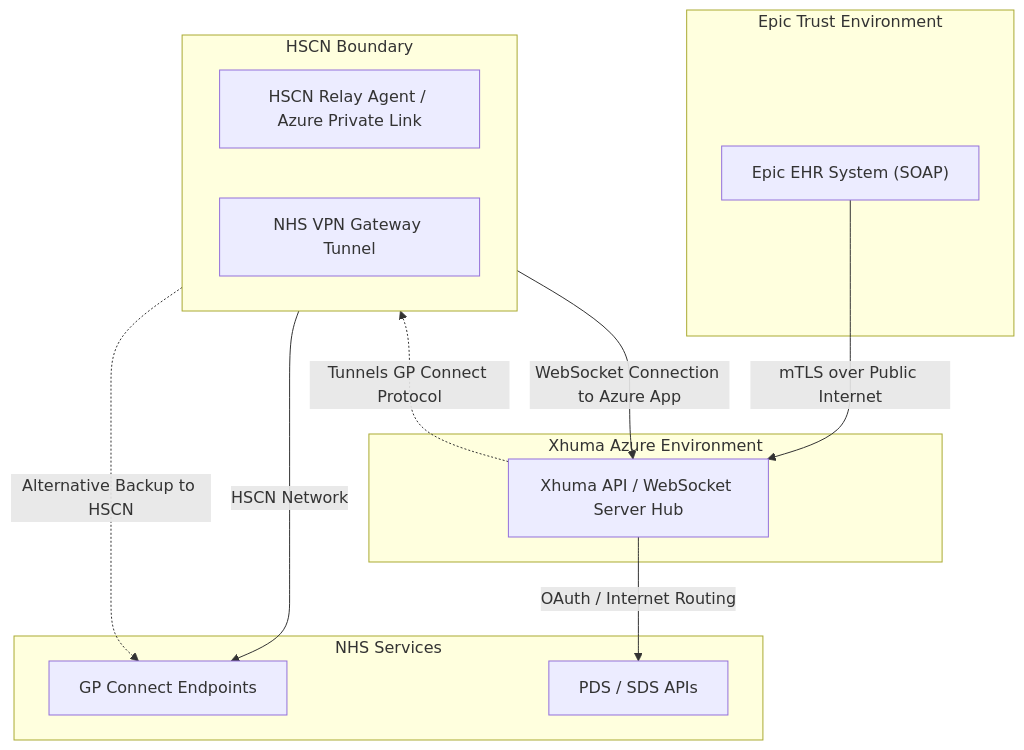
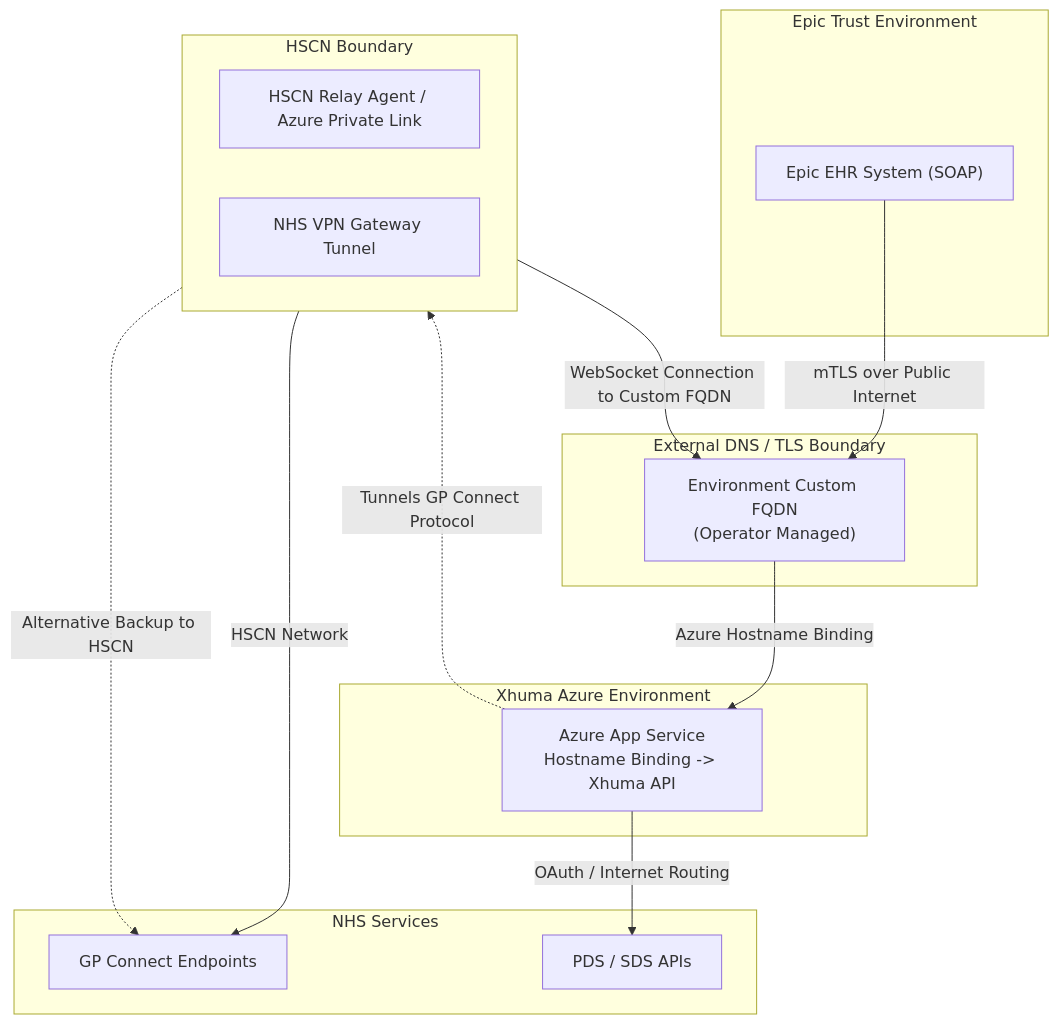
One commit to UCLH-Digital-Innovation-Hub/Xhuma changed the first of 2 diagrams in docs/network_architecture.md. Above: the diagram before and after it, drawn with Mermaid. The commit also changed other lines of this file and 3 other files, not shown here.

````diff
--- a/docs/network_architecture.md
+++ b/docs/network_architecture.md
@@ -62,29 +64,34 @@
 ```mermaid
 flowchart TD
     subgraph Client [Epic Trust Environment]
         A["Epic EHR System (SOAP)"]
     end
 
+    subgraph DNS [External DNS / TLS Boundary]
+        FQDN["Environment Custom FQDN\n(Operator Managed)"]
+    end
+
     subgraph AzureAppService [Xhuma Azure Environment]
-        B[Xhuma API / WebSocket Server Hub]
+        B["Azure App Service\nHostname Binding -> Xhuma API"]
     end
 
     subgraph Connectivity [HSCN Boundary]
         direction LR
         C[HSCN Relay Agent / Azure Private Link]
         D[NHS VPN Gateway Tunnel]
     end
 
     subgraph NHS [NHS Services]
         E[GP Connect Endpoints]
         F[PDS / SDS APIs]
     end
 
-    A -->|mTLS over Public Internet| B
+    A -->|mTLS over Public Internet| FQDN
+    FQDN -->|Azure Hostname Binding| B
     B -->|OAuth / Internet Routing| F
     
-    C -->|WebSocket Connection to Azure App| B
+    C -->|WebSocket Connection to Custom FQDN| FQDN
     B -.->|Tunnels GP Connect Protocol| C
     C -->|HSCN Network| E
     D -.->|Alternative Backup to HSCN| E
 ```
````
